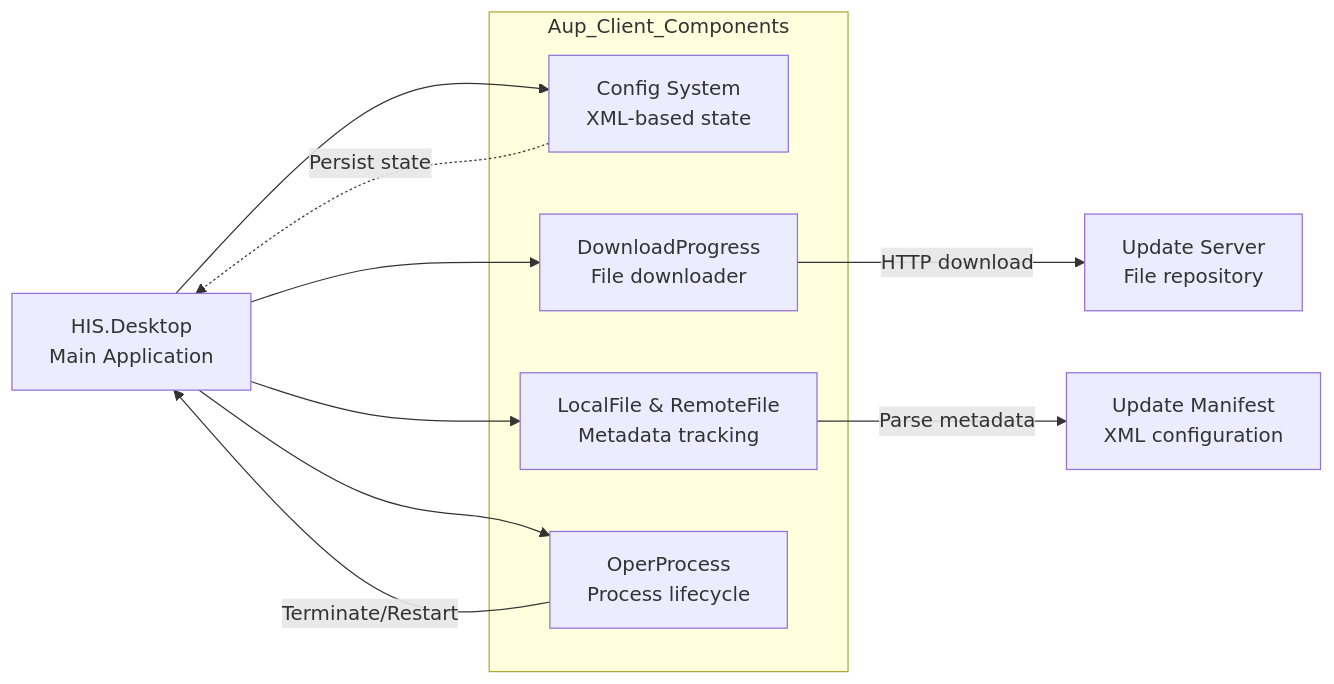
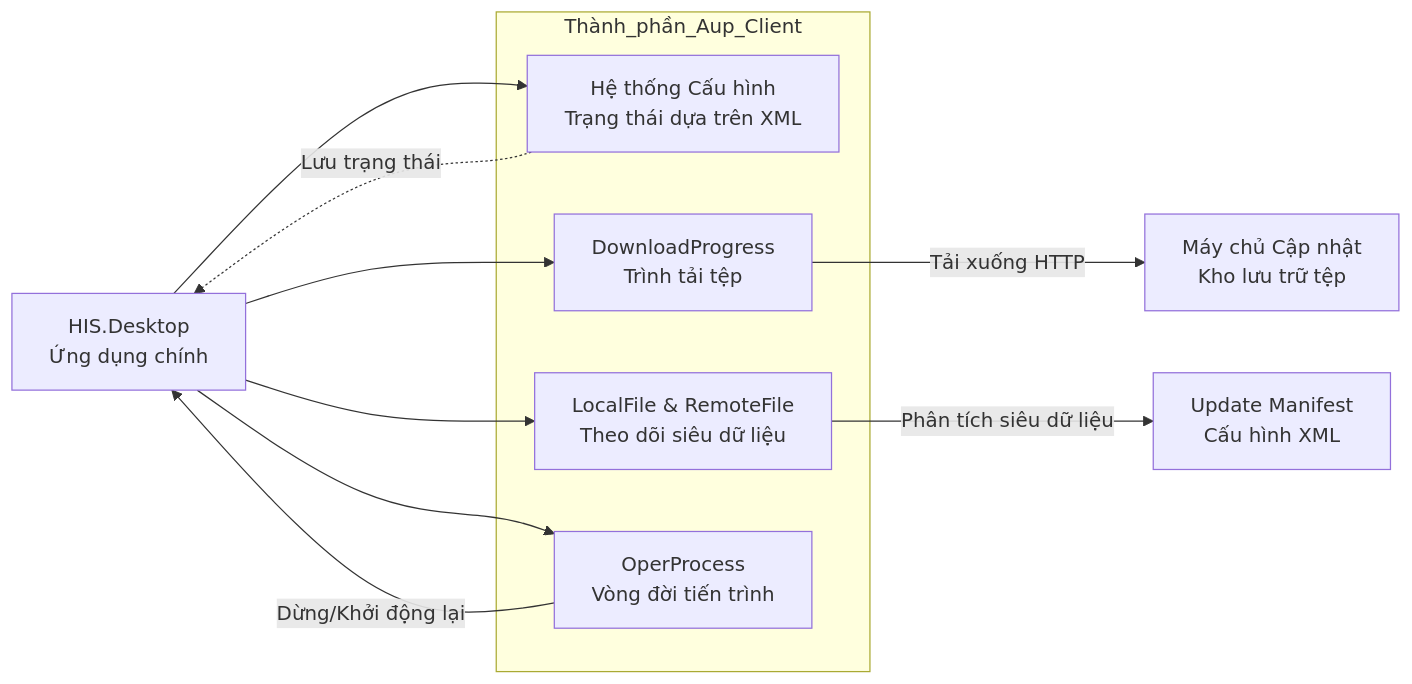
The third of 7 diagrams in docs/his-ba-documentation/02-modules/common-libraries/libraries.md (thangpnb/HIS), drawn with Mermaid before and after one commit. The commit also changed other lines of this file and 30 other files, not shown here.

Commit message:
Refactor architecture docs and update translations

````diff
--- a/docs/his-ba-documentation/02-modules/common-libraries/libraries.md
+++ b/docs/his-ba-documentation/02-modules/common-libraries/libraries.md
@@ -265,24 +265,24 @@
 ```mermaid
 graph LR
-    MainApp["HIS.Desktop<br/>Main Application"]
+    MainApp["HIS.Desktop<br/>Ứng dụng chính"]
     
-    subgraph "Aup_Client_Components"
-        Config["Config System<br/>XML-based state"]
-        DownloadMgr["DownloadProgress<br/>File downloader"]
-        FileInfo["LocalFile & RemoteFile<br/>Metadata tracking"]
-        OperProcess["OperProcess<br/>Process lifecycle"]
+    subgraph "Thành_phần_Aup_Client"
+        Config["Hệ thống Cấu hình<br/>Trạng thái dựa trên XML"]
+        DownloadMgr["DownloadProgress<br/>Trình tải tệp"]
+        FileInfo["LocalFile & RemoteFile<br/>Theo dõi siêu dữ liệu"]
+        OperProcess["OperProcess<br/>Vòng đời tiến trình"]
     end
     
-    UpdateServer["Update Server<br/>File repository"]
-    Manifest["Update Manifest<br/>XML configuration"]
+    UpdateServer["Máy chủ Cập nhật<br/>Kho lưu trữ tệp"]
+    Manifest["Update Manifest<br/>Cấu hình XML"]
     
     MainApp --> Config
     MainApp --> DownloadMgr
     MainApp --> FileInfo
     MainApp --> OperProcess
     
-    Config -.->|"Persist state"| MainApp
-    DownloadMgr -->|"HTTP download"| UpdateServer
-    FileInfo -->|"Parse metadata"| Manifest
-    OperProcess -->|"Terminate/Restart"| MainApp
+    Config -.->|"Lưu trạng thái"| MainApp
+    DownloadMgr -->|"Tải xuống HTTP"| UpdateServer
+    FileInfo -->|"Phân tích siêu dữ liệu"| Manifest
+    OperProcess -->|"Dừng/Khởi động lại"| MainApp
 ```
````
